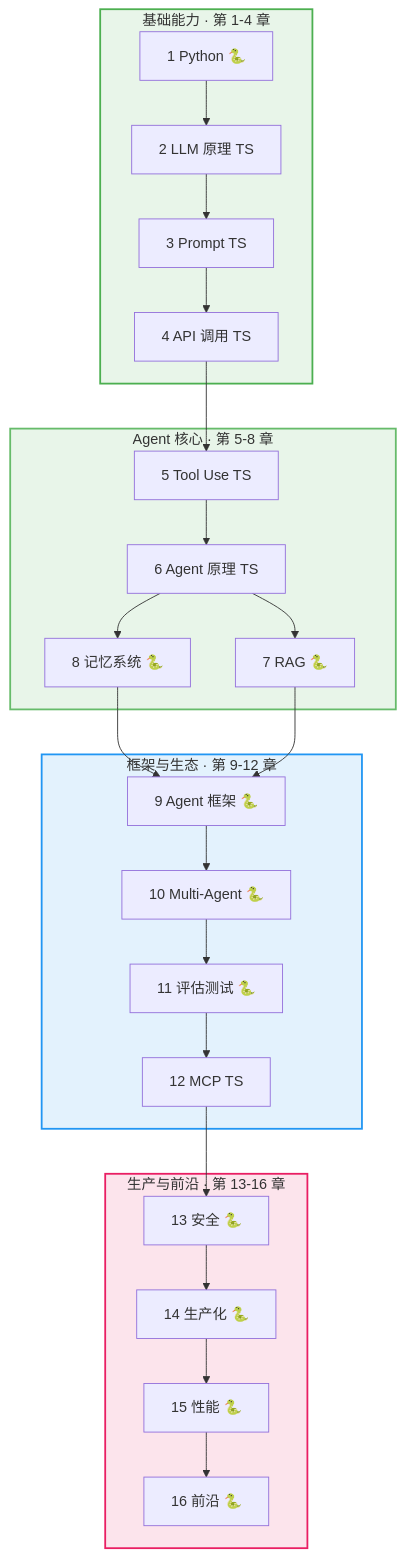
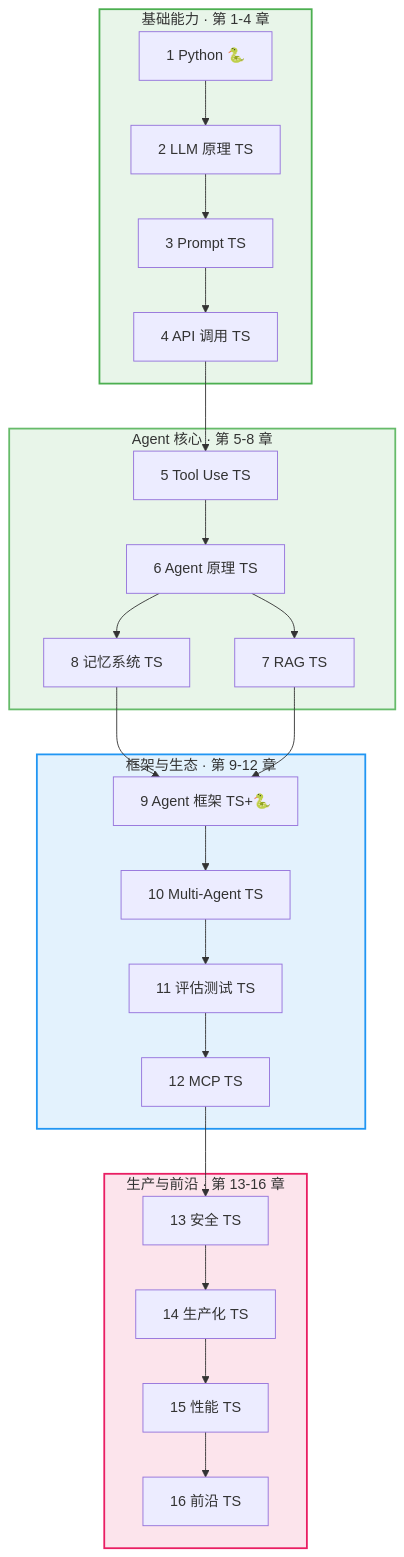
The diagram in docs/guide.md (Taotaopersonal/agent-dev-guide), drawn with Mermaid before and after one commit. The commit also changed other lines of this file and 29 other files, not shown here.

````diff
--- a/docs/guide.md
+++ b/docs/guide.md
@@ -58,36 +58,36 @@
 ```mermaid
 graph TD
     subgraph basics["基础能力 · 第 1-4 章"]
         A["1 Python 🐍"] --> B["2 LLM 原理 TS"]
         B --> C["3 Prompt TS"]
         C --> D["4 API 调用 TS"]
     end
 
     subgraph core["Agent 核心 · 第 5-8 章"]
         E["5 Tool Use TS"] --> F["6 Agent 原理 TS"]
-        F --> G["7 RAG 🐍"]
-        F --> H["8 记忆系统 🐍"]
+        F --> G["7 RAG TS"]
+        F --> H["8 记忆系统 TS"]
     end
 
     subgraph eco["框架与生态 · 第 9-12 章"]
-        I["9 Agent 框架 🐍"] --> J["10 Multi-Agent 🐍"]
-        J --> K["11 评估测试 🐍"]
+        I["9 Agent 框架 TS+🐍"] --> J["10 Multi-Agent TS"]
+        J --> K["11 评估测试 TS"]
         K --> L["12 MCP TS"]
     end
 
     subgraph prod["生产与前沿 · 第 13-16 章"]
-        M["13 安全 🐍"] --> N["14 生产化 🐍"]
-        N --> O["15 性能 🐍"]
-        O --> P["16 前沿 🐍"]
+        M["13 安全 TS"] --> N["14 生产化 TS"]
+        N --> O["15 性能 TS"]
+        O --> P["16 前沿 TS"]
     end
 
     D --> E
     H --> I
     G --> I
     L --> M
 
     style basics fill:#e8f5e9,stroke:#4caf50,stroke-width:2px
     style core fill:#e8f5e9,stroke:#66bb6a,stroke-width:2px
     style eco fill:#e3f2fd,stroke:#2196f3,stroke-width:2px
     style prod fill:#fce4ec,stroke:#e91e63,stroke-width:2px
 ```
````
